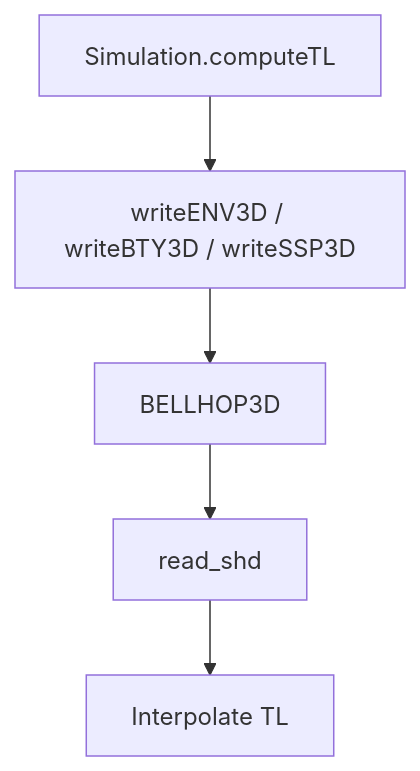
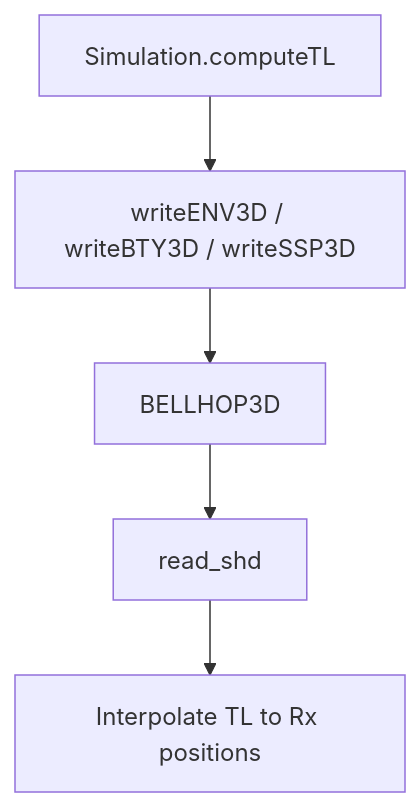
One commit to francescoolivieri/bellhop3d-matlab changed the diagram in docs/API_REFERENCE.md. Above: the diagram before and after it, drawn with Mermaid. The commit also changed other lines of this file and 24 other files, not shown here.

````diff
--- a/docs/API_REFERENCE.md
+++ b/docs/API_REFERENCE.md
@@ -112,7 +84,7 @@
 ```mermaid
 graph TD;
   A[Simulation.computeTL] --> B[writeENV3D / writeBTY3D / writeSSP3D];
   B --> C[BELLHOP3D];
   C --> D[read_shd];
-  D --> E[Interpolate TL];
+  D --> E[Interpolate TL to Rx positions];
 ```
````
